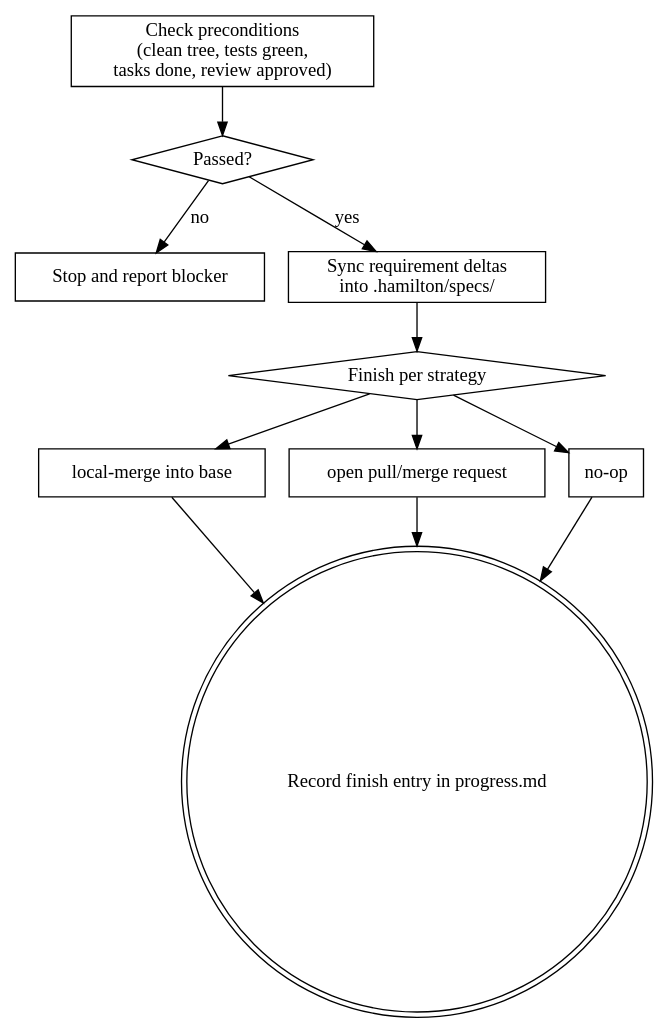
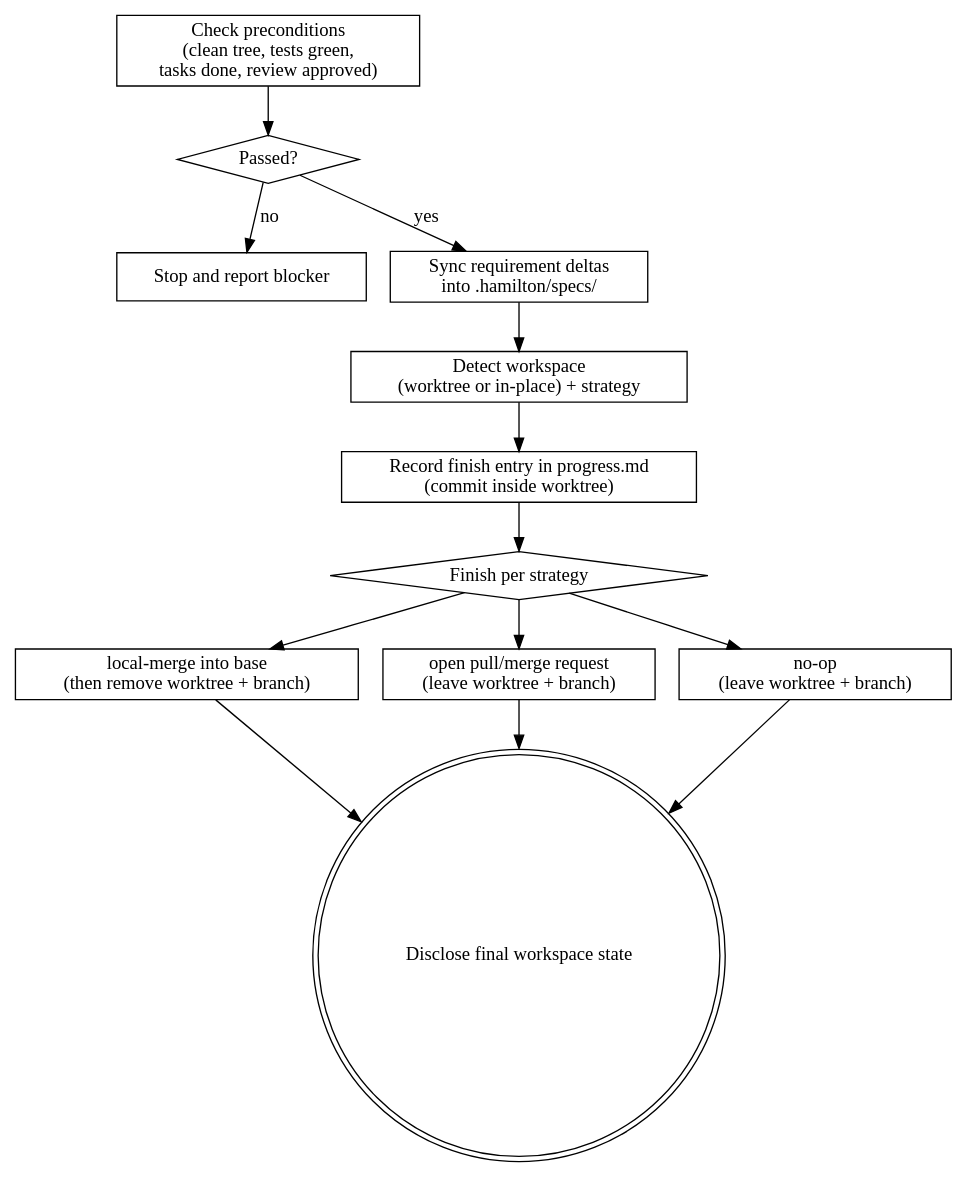
The diagram in skills/hamilton-finish-work/SKILL.md (caiorcferreira/hamilton), drawn with Graphviz before and after one commit. The commit also changed other lines of this file and 1 other file, not shown here.

First line of the commit message:
feat(finish-work): tear down and disclose the change worktree

````diff
--- a/skills/hamilton-finish-work/SKILL.md
+++ b/skills/hamilton-finish-work/SKILL.md
@@ -119,24 +144,28 @@
 ```dot
 digraph hamilton_finish_work {
     "Check preconditions\n(clean tree, tests green,\ntasks done, review approved)" [shape=box];
     "Passed?" [shape=diamond];
     "Stop and report blocker" [shape=box];
     "Sync requirement deltas\ninto .hamilton/specs/" [shape=box];
+    "Detect workspace\n(worktree or in-place) + strategy" [shape=box];
+    "Record finish entry in progress.md\n(commit inside worktree)" [shape=box];
     "Finish per strategy" [shape=diamond];
-    "local-merge into base" [shape=box];
-    "open pull/merge request" [shape=box];
-    "no-op" [shape=box];
-    "Record finish entry in progress.md" [shape=doublecircle];
+    "local-merge into base\n(then remove worktree + branch)" [shape=box];
+    "open pull/merge request\n(leave worktree + branch)" [shape=box];
+    "no-op\n(leave worktree + branch)" [shape=box];
+    "Disclose final workspace state" [shape=doublecircle];
 
     "Check preconditions\n(clean tree, tests green,\ntasks done, review approved)" -> "Passed?";
     "Passed?" -> "Stop and report blocker" [label="no"];
     "Passed?" -> "Sync requirement deltas\ninto .hamilton/specs/" [label="yes"];
-    "Sync requirement deltas\ninto .hamilton/specs/" -> "Finish per strategy";
-    "Finish per strategy" -> "local-merge into base";
-    "Finish per strategy" -> "open pull/merge request";
-    "Finish per strategy" -> "no-op";
-    "local-merge into base" -> "Record finish entry in progress.md";
-    "open pull/merge request" -> "Record finish entry in progress.md";
-    "no-op" -> "Record finish entry in progress.md";
+    "Sync requirement deltas\ninto .hamilton/specs/" -> "Detect workspace\n(worktree or in-place) + strategy";
+    "Detect workspace\n(worktree or in-place) + strategy" -> "Record finish entry in progress.md\n(commit inside worktree)";
+    "Record finish entry in progress.md\n(commit inside worktree)" -> "Finish per strategy";
+    "Finish per strategy" -> "local-merge into base\n(then remove worktree + branch)";
+    "Finish per strategy" -> "open pull/merge request\n(leave worktree + branch)";
+    "Finish per strategy" -> "no-op\n(leave worktree + branch)";
+    "local-merge into base\n(then remove worktree + branch)" -> "Disclose final workspace state";
+    "open pull/merge request\n(leave worktree + branch)" -> "Disclose final workspace state";
+    "no-op\n(leave worktree + branch)" -> "Disclose final workspace state";
 }
 ```
````
